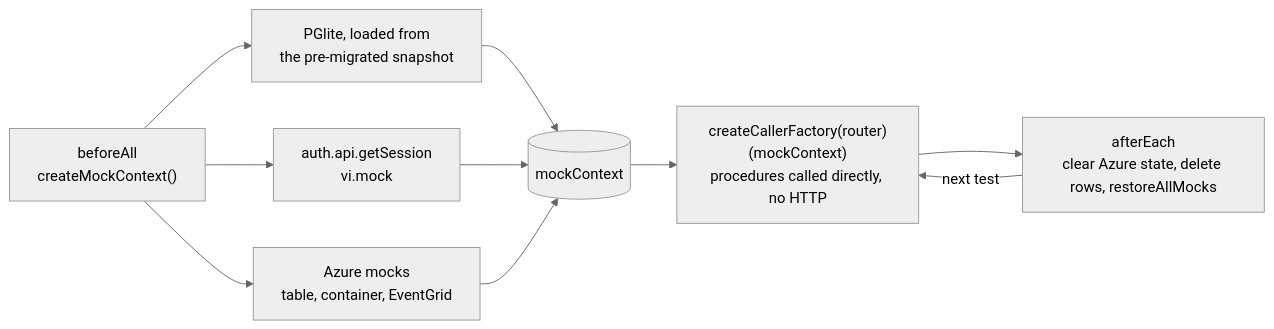
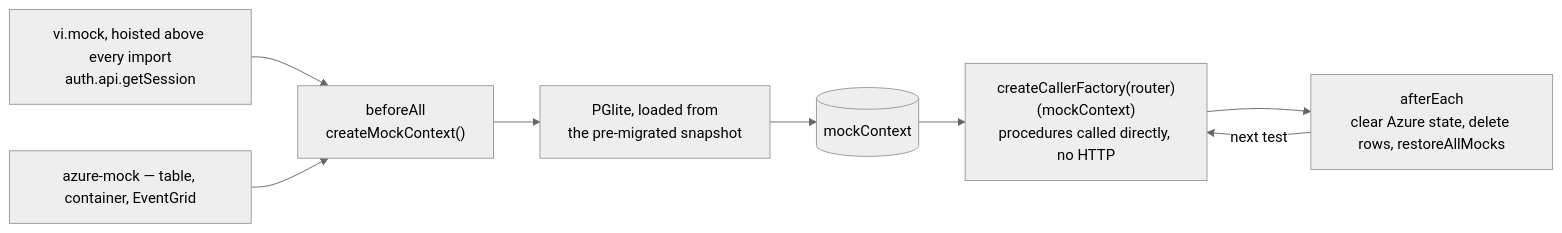
Before and after one commit to Esposter/Esposter: the diagram in packages/app/content/docs/architecture/server-testing.md, drawn with Mermaid (neutral theme). The commit also changed 7 other files, not shown here.

````diff
--- a/packages/app/content/docs/architecture/server-testing.md
+++ b/packages/app/content/docs/architecture/server-testing.md
@@ -12,12 +12,10 @@
 ```mermaid
 flowchart LR
+  MOCK["vi.mock, hoisted above every import<br/>auth.api.getSession"] --> BA
+  AZ["azure-mock — table, container, EventGrid"] --> BA
   BA["beforeAll<br/>createMockContext()"] --> DB["PGlite, loaded from<br/>the pre-migrated snapshot"]
-  BA --> AUTH["auth.api.getSession<br/>vi.mock"]
-  BA --> AZ["Azure mocks<br/>table, container, EventGrid"]
   DB --> CTX[("mockContext")]
-  AUTH --> CTX
-  AZ --> CTX
   CTX --> CALLER["createCallerFactory(router)(mockContext)<br/>procedures called directly, no HTTP"]
   CALLER --> AE["afterEach<br/>clear Azure state, delete rows, restoreAllMocks"]
   AE -->|"next test"| CALLER
 ```
````
